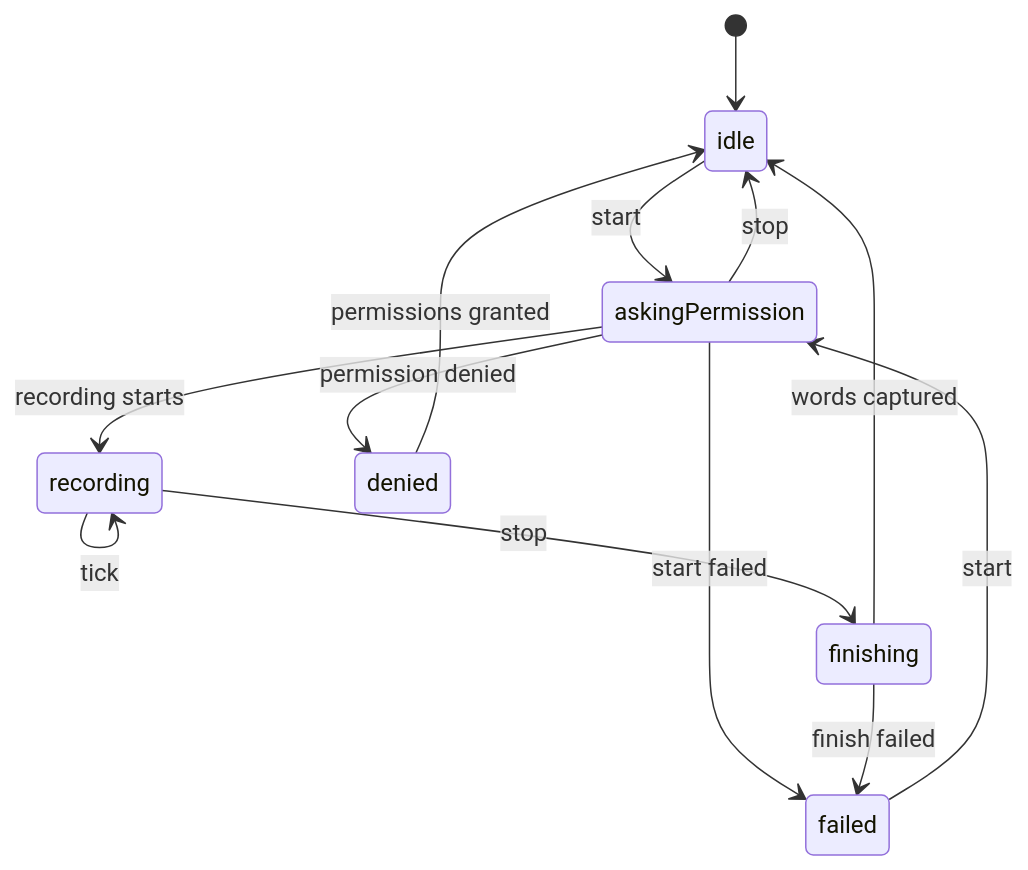
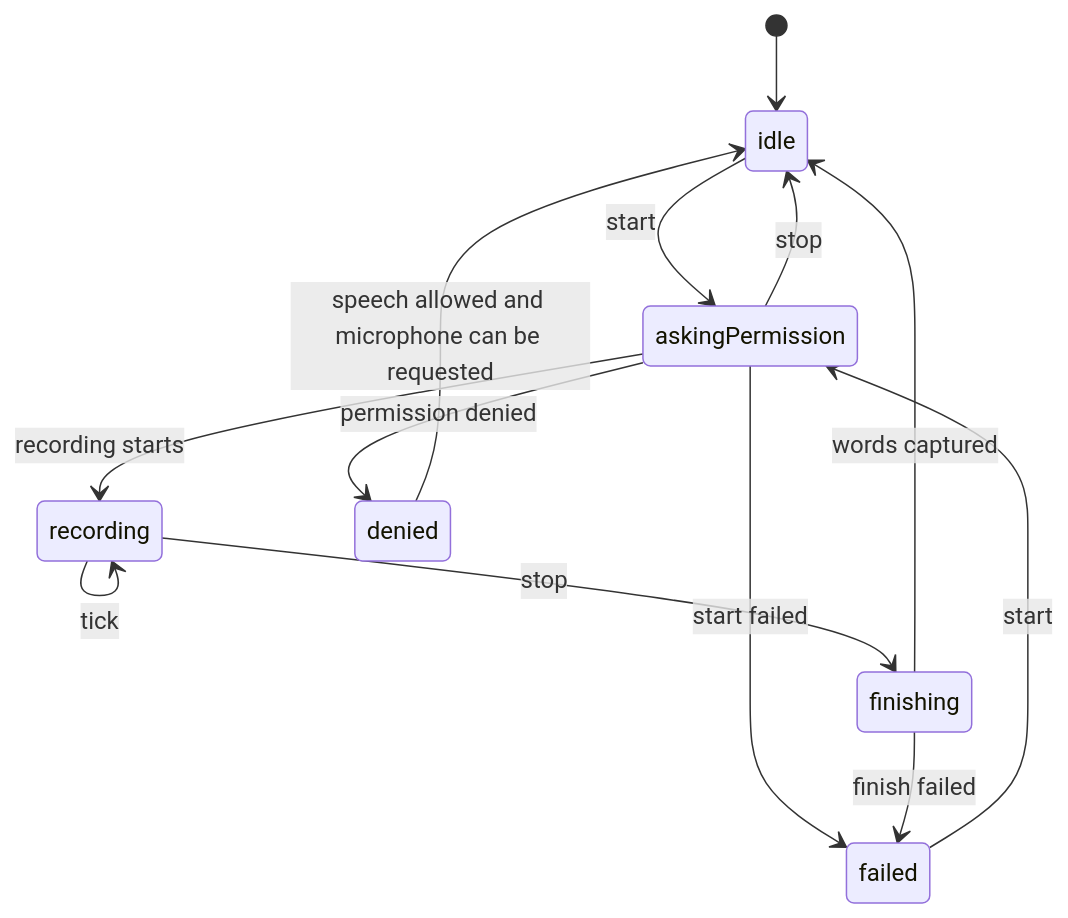
The ninth of 15 diagrams in docs/state-machines.md (prateekranka/instaContentHelper), drawn with Mermaid before and after one commit. The commit also changed other lines of this file and 6 other files, not shown here.

````diff
--- a/docs/state-machines.md
+++ b/docs/state-machines.md
@@ -300,15 +300,15 @@
 ```mermaid
 stateDiagram-v2
     [*] --> idle
     idle --> askingPermission: start
     failed --> askingPermission: start
     askingPermission --> recording: recording starts
     askingPermission --> denied: permission denied
     askingPermission --> failed: start failed
     askingPermission --> idle: stop
-    denied --> idle: permissions granted
+    denied --> idle: speech allowed and microphone can be requested
     recording --> recording: tick
     recording --> finishing: stop
     finishing --> idle: words captured
     finishing --> failed: finish failed
 ```
````
